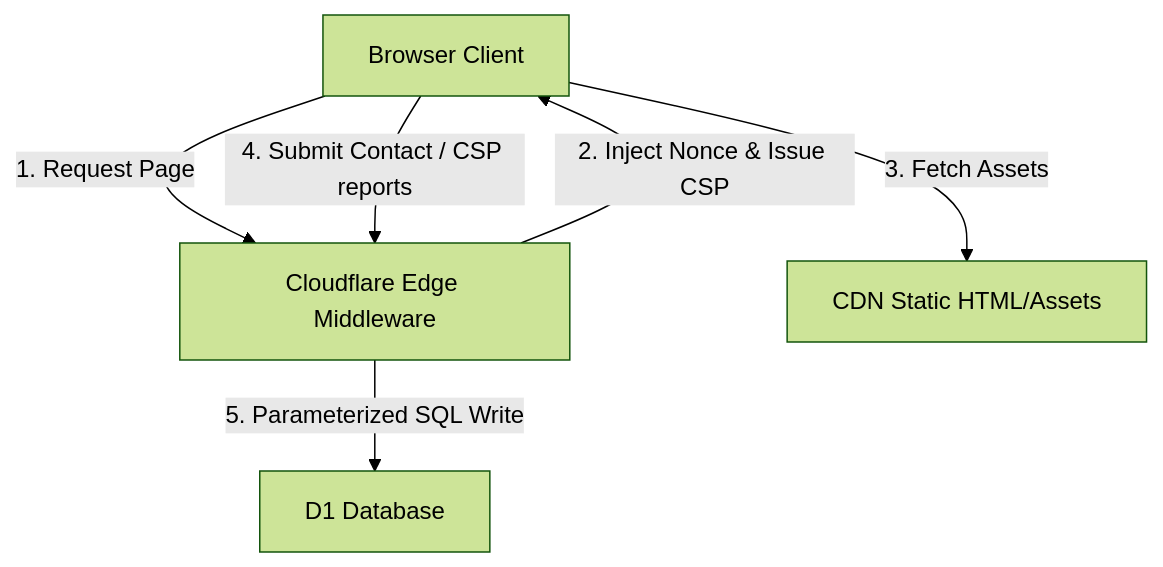
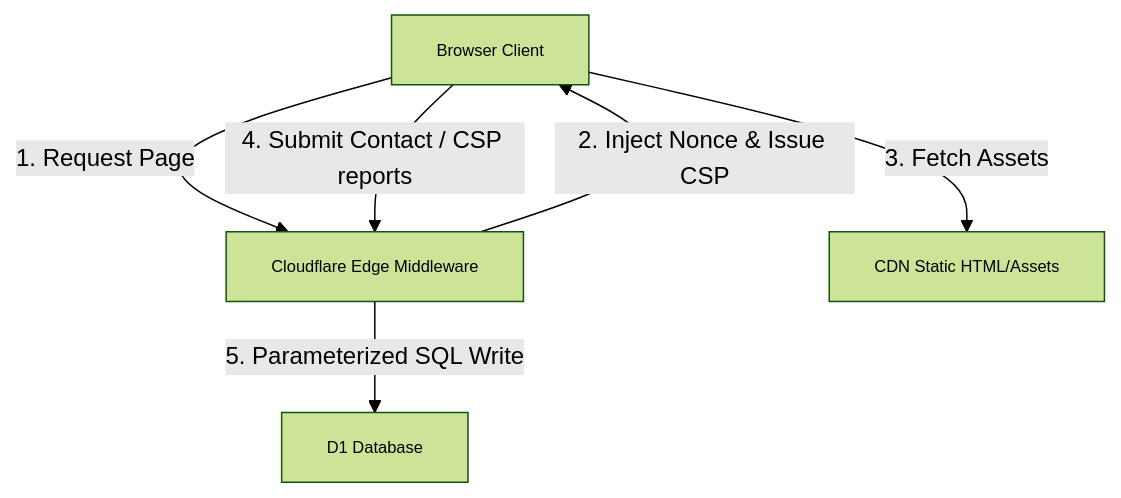
Before and after one commit to joeseverino/jseverino.com: the second of 2 diagrams in docs/Architecture.md, drawn with Mermaid (forest theme). The commit also changed other lines of this file and 6 other files, not shown here.

First line of the commit message:
doc: restore stable graph syntax and apply font-size scaling to Mermaid

````diff
--- a/docs/Architecture.md
+++ b/docs/Architecture.md
@@ -17,13 +19,15 @@
 ```mermaid
 graph TD
-    Client["Browser Client  "]
-    Edge["Cloudflare Edge Middleware  "]
-    Static["CDN Static HTML/Assets  "]
-    D1["D1 Database  "]
+    Client["Browser Client"]
+    Edge["Cloudflare Edge Middleware"]
+    Static["CDN Static HTML/Assets"]
+    D1["D1 Database"]
 
-    Client -->|1. Request Page  | Edge
-    Edge -->|2. Inject Nonce & Issue CSP  | Client
-    Client -->|3. Fetch Assets  | Static
-    Client -->|4. Submit Contact / CSP reports  | Edge
-    Edge -->|5. Parameterized SQL Write  | D1
+    Client -->|1. Request Page| Edge
+    Edge -->|2. Inject Nonce & Issue CSP| Client
+    Client -->|3. Fetch Assets| Static
+    Client -->|4. Submit Contact / CSP reports| Edge
+    Edge -->|5. Parameterized SQL Write| D1
+
+    classDef default font-size:11px;
 ```
````
